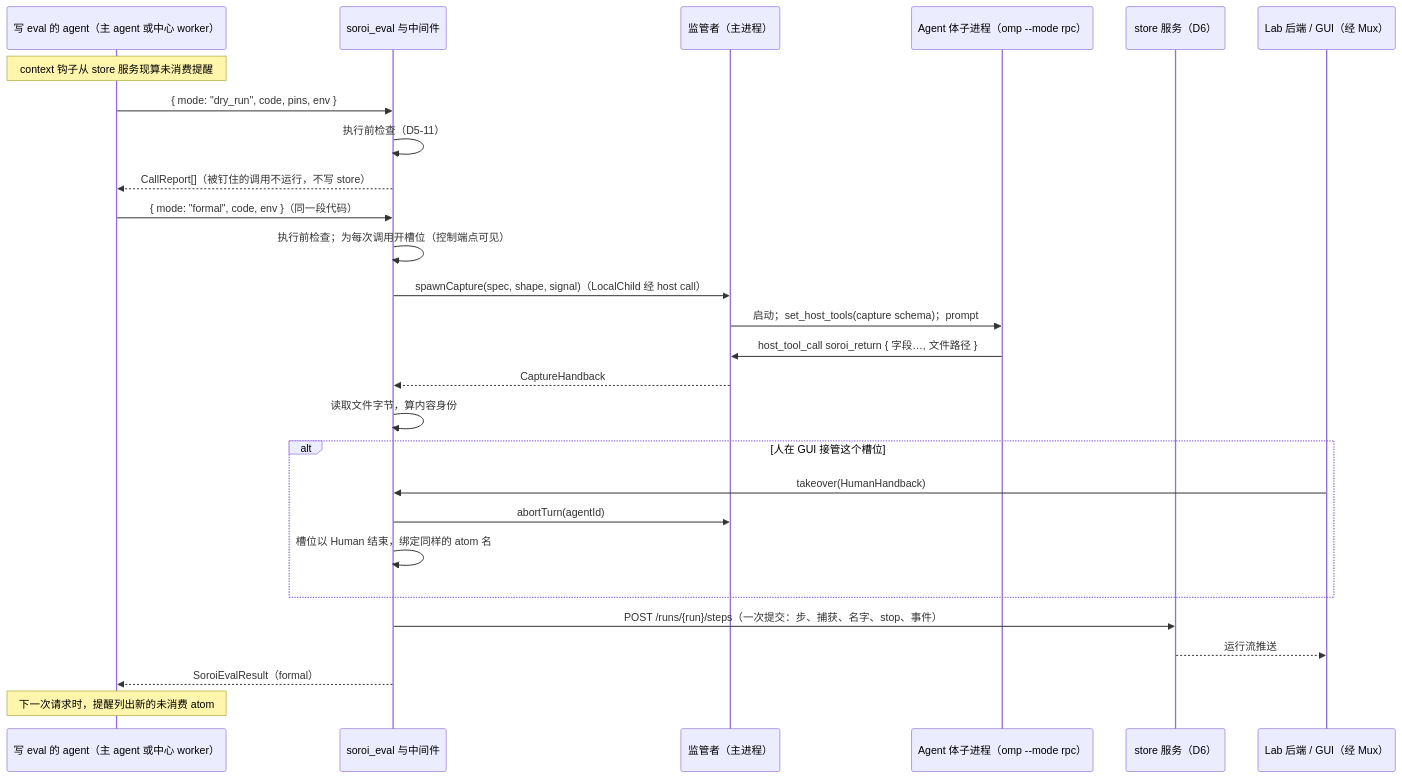
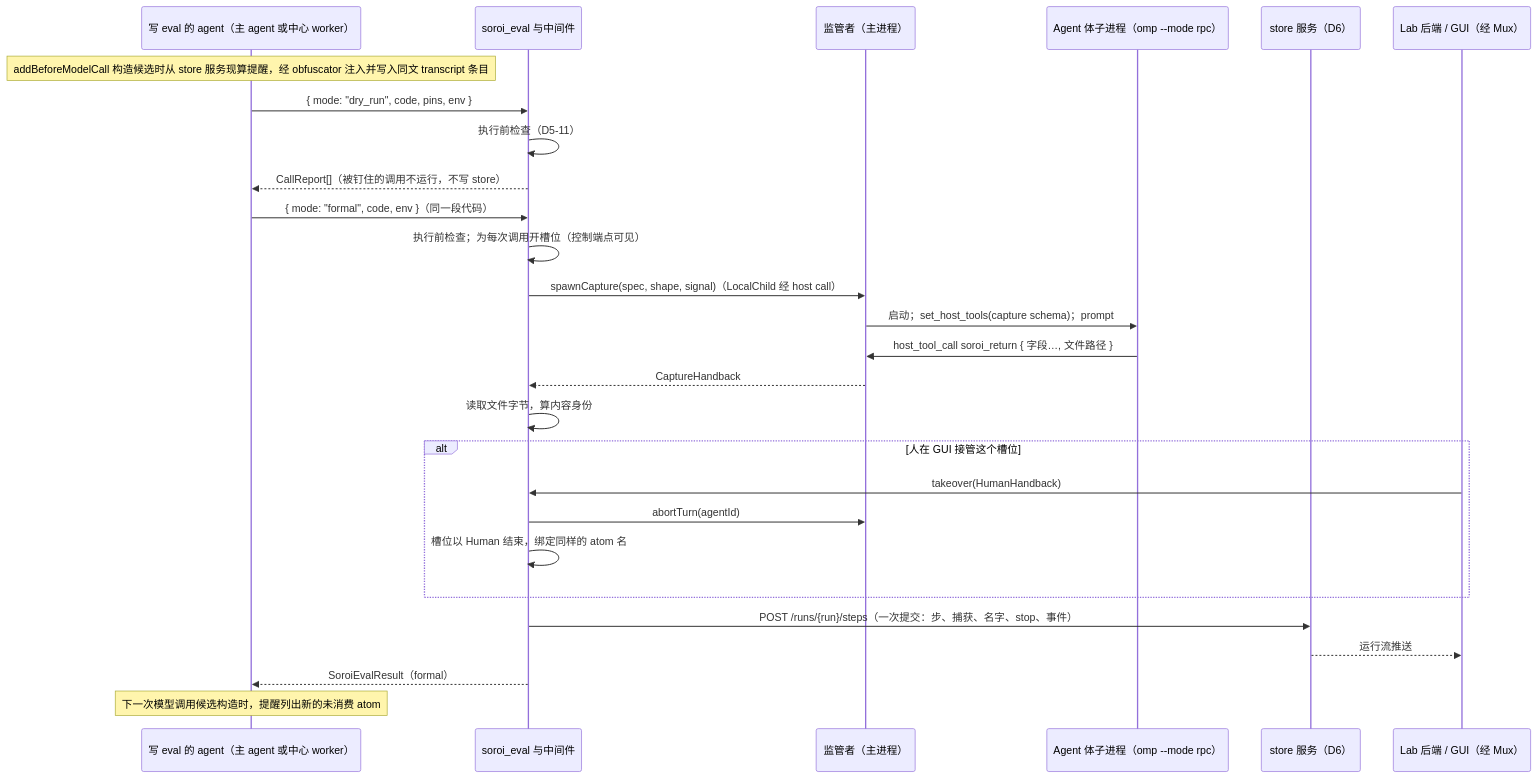
The diagram in evidence/decisions/D5-plugins-eval.md (Pepgent/PM), drawn with Mermaid before and after one commit. The commit also changed other lines of this file and 2 other files, not shown here.

Commit message:
docs: write back D11-B remote and reminder contracts

````diff
--- a/evidence/decisions/D5-plugins-eval.md
+++ b/evidence/decisions/D5-plugins-eval.md
@@ -324,30 +324,30 @@
 ```mermaid
 sequenceDiagram
     participant AI as 写 eval 的 agent（主 agent 或中心 worker）
     participant EV as soroi_eval 与中间件
     participant SV as 监管者（主进程）
     participant CH as Agent 体子进程（omp --mode rpc）
     participant ST as store 服务（D6）
     participant LB as Lab 后端 / GUI（经 Mux）
 
-    Note over AI: context 钩子从 store 服务现算未消费提醒
+    Note over AI: addBeforeModelCall 构造候选时从 store 服务现算提醒，经 obfuscator 注入并写入同文 transcript 条目
     AI->>EV: { mode: "dry_run", code, pins, env }
     EV->>EV: 执行前检查（D5-11）
     EV-->>AI: CallReport[]（被钉住的调用不运行，不写 store）
     AI->>EV: { mode: "formal", code, env }（同一段代码）
     EV->>EV: 执行前检查；为每次调用开槽位（控制端点可见）
     EV->>SV: spawnCapture(spec, shape, signal)（LocalChild 经 host call）
     SV->>CH: 启动；set_host_tools(capture schema)；prompt
     CH->>SV: host_tool_call soroi_return { 字段…, 文件路径 }
     SV-->>EV: CaptureHandback
     EV->>EV: 读取文件字节，算内容身份
     alt 人在 GUI 接管这个槽位
         LB->>EV: takeover(HumanHandback)
         EV->>SV: abortTurn(agentId)
         EV->>EV: 槽位以 Human 结束，绑定同样的 atom 名
     end
     EV->>ST: POST /runs/{run}/steps（一次提交：步、捕获、名字、stop、事件）
     ST-->>LB: 运行流推送
     EV-->>AI: SoroiEvalResult（formal）
-    Note over AI: 下一次请求时，提醒列出新的未消费 atom
+    Note over AI: 下一次模型调用候选构造时，提醒列出新的未消费 atom
 ```
````
